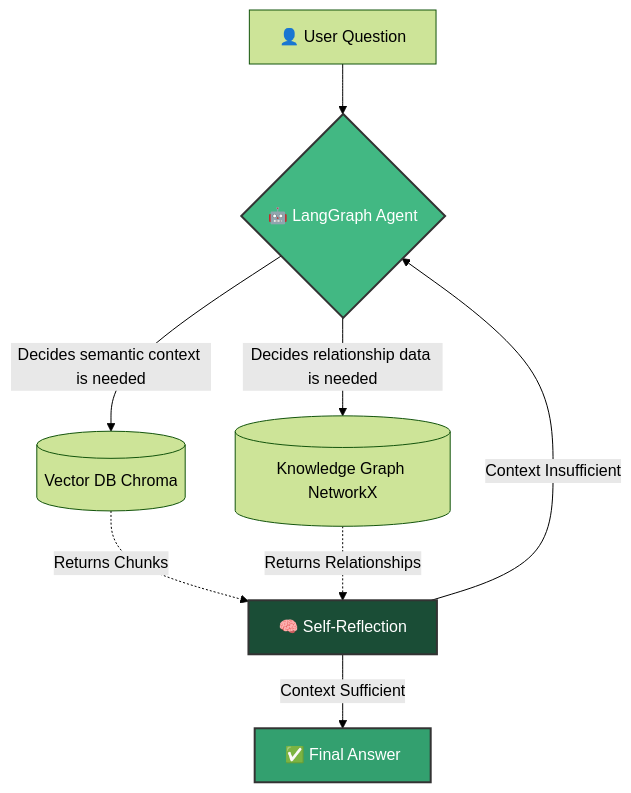
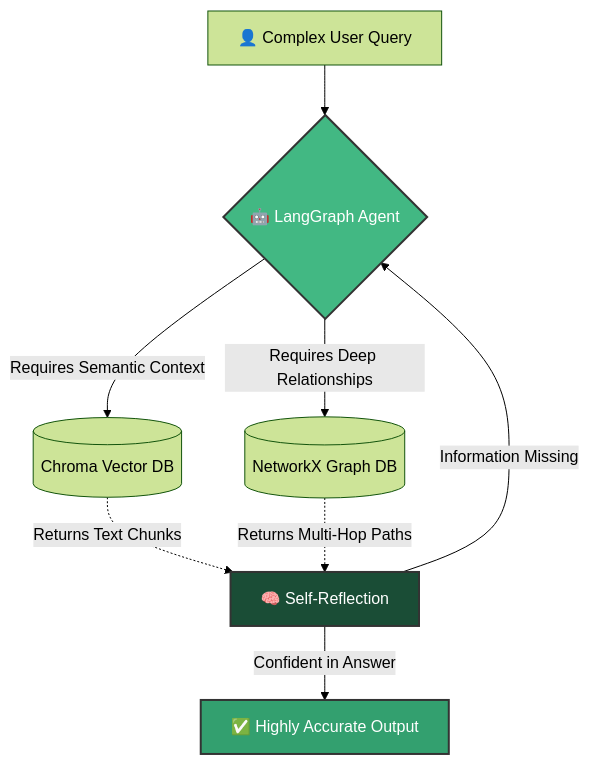
The diagram in docs/src/content/docs/guides/architecture.md (Saaalil/DocRagGraph), drawn with Mermaid (forest theme) before and after one commit. The commit also changed other lines of this file and 1 other file, not shown here.

Commit message:
Fix Node version and add in-depth GraphRAG explanation

````diff
--- a/docs/src/content/docs/guides/architecture.md
+++ b/docs/src/content/docs/guides/architecture.md
@@ -12,17 +26,17 @@
 ```mermaid
 graph TD
-    A[👤 User Question] --> B{🤖 LangGraph Agent}
+    A[👤 Complex User Query] --> B{🤖 LangGraph Agent}
     
-    B -->|Decides semantic context is needed| C[(Vector DB Chroma)]
-    B -->|Decides relationship data is needed| D[(Knowledge Graph NetworkX)]
+    B -->|Requires Semantic Context| C[(Chroma Vector DB)]
+    B -->|Requires Deep Relationships| D[(NetworkX Graph DB)]
     
-    C -.->|Returns Chunks| E[🧠 Self-Reflection]
-    D -.->|Returns Relationships| E
+    C -.->|Returns Text Chunks| E[🧠 Self-Reflection]
+    D -.->|Returns Multi-Hop Paths| E
     
-    E -->|Context Insufficient| B
-    E -->|Context Sufficient| F[✅ Final Answer]
+    E -->|Information Missing| B
+    E -->|Confident in Answer| F[✅ Highly Accurate Output]
     
     style B fill:#42b883,stroke:#333,stroke-width:2px,color:#fff
     style F fill:#33a06f,stroke:#333,stroke-width:2px,color:#fff
     style E fill:#1a4d36,stroke:#333,stroke-width:2px,color:#fff
 ```
````
